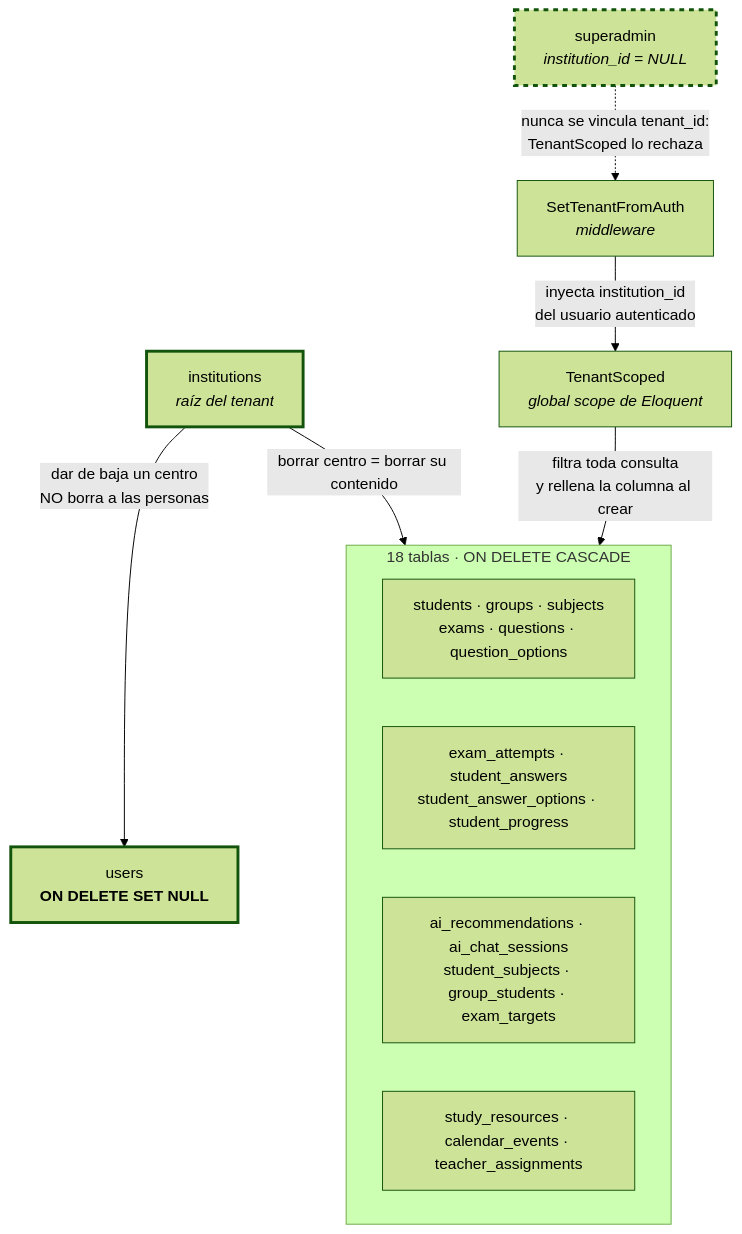
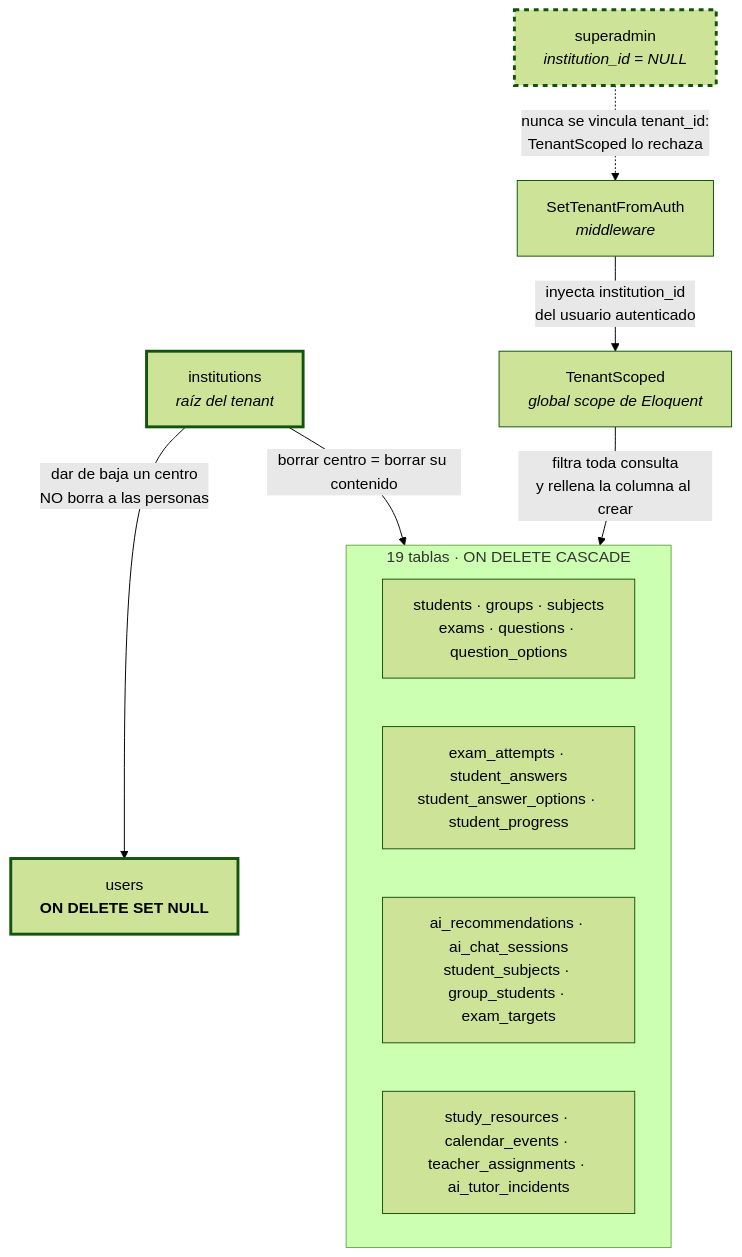
One commit to Infil505/NeoEduCore-Back changed the fifth of 16 diagrams in docs/DIAGRAMAS.md. Above: the diagram before and after it, drawn with Mermaid (forest theme). The commit also changed other lines of this file and 45 other files, not shown here.

````diff
--- a/docs/DIAGRAMAS.md
+++ b/docs/DIAGRAMAS.md
@@ -385,30 +415,30 @@
 ```mermaid
 flowchart TB
     INST["institutions<br/><i>raíz del tenant</i>"]
 
-    subgraph CASCADE["18 tablas · ON DELETE CASCADE"]
+    subgraph CASCADE["19 tablas · ON DELETE CASCADE"]
         direction LR
         A["students · groups · subjects<br/>exams · questions · question_options"]
         B["exam_attempts · student_answers<br/>student_answer_options · student_progress"]
         C["ai_recommendations · ai_chat_sessions<br/>student_subjects · group_students · exam_targets"]
-        D["study_resources · calendar_events · teacher_assignments"]
+        D["study_resources · calendar_events · teacher_assignments · ai_tutor_incidents"]
     end
 
     SETNULL["users<br/><b>ON DELETE SET NULL</b>"]
 
     INST -->|"borrar centro = borrar su contenido"| CASCADE
     INST -->|"dar de baja un centro<br/>NO borra a las personas"| SETNULL
 
     SCOPE["TenantScoped<br/><i>global scope de Eloquent</i>"]
     MW["SetTenantFromAuth<br/><i>middleware</i>"]
 
     MW -->|"inyecta institution_id<br/>del usuario autenticado"| SCOPE
     SCOPE -->|"filtra toda consulta<br/>y rellena la columna al crear"| CASCADE
 
     SUPER["superadmin<br/><i>institution_id = NULL</i>"]
     SUPER -.->|"nunca se vincula tenant_id:<br/>TenantScoped lo rechaza"| MW
 
     style SETNULL stroke-width:3px
     style INST stroke-width:3px
     style SUPER stroke-width:3px,stroke-dasharray: 5 5
 ```
````
